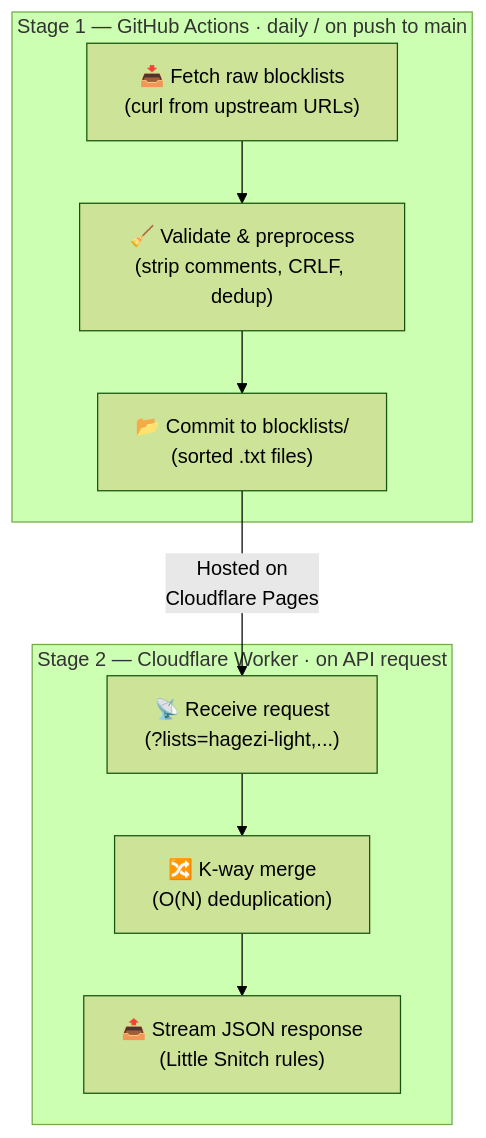
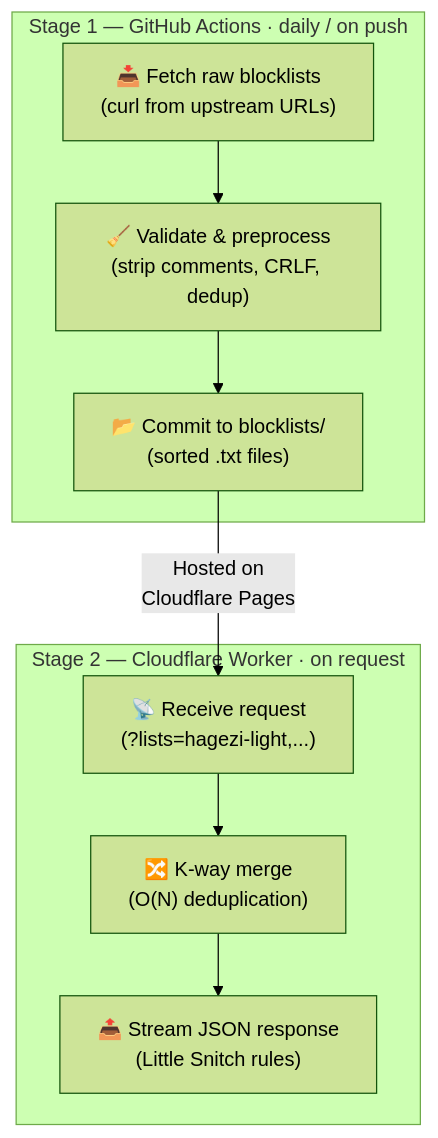
Before and after one commit to peter-kotouc/little-snitch-blocklist-generator: the diagram in README.md, drawn with Mermaid (forest theme). The commit also changed other lines of this file, not shown here.

First line of the commit message:
fix: prefetch the images of the graph for README

````diff
--- a/README.md
+++ b/README.md
@@ -21,18 +32,19 @@
 ```mermaid
 flowchart TD
-    subgraph stage1["Stage 1 — GitHub Actions · daily / on push to main"]
+    subgraph stage1["Stage 1 — GitHub Actions · daily / on push"]
         A["📥 Fetch raw blocklists<br/>(curl from upstream URLs)"]
         B["🧹 Validate & preprocess<br/>(strip comments, CRLF, dedup)"]
         C["📂 Commit to blocklists/<br/>(sorted .txt files)"]
         A --> B --> C
+
     end
 
-    subgraph stage2["Stage 2 — Cloudflare Worker · on API request"]
+    subgraph stage2["Stage 2 — Cloudflare Worker · on request"]
         D["📡 Receive request<br/>(?lists=hagezi-light,...)"]
         E["🔀 K-way merge<br/>(O(N) deduplication)"]
         F["📤 Stream JSON response<br/>(Little Snitch rules)"]
         D --> E --> F
     end
 
     C -- "Hosted on<br/>Cloudflare Pages" --> D
 ```
````
